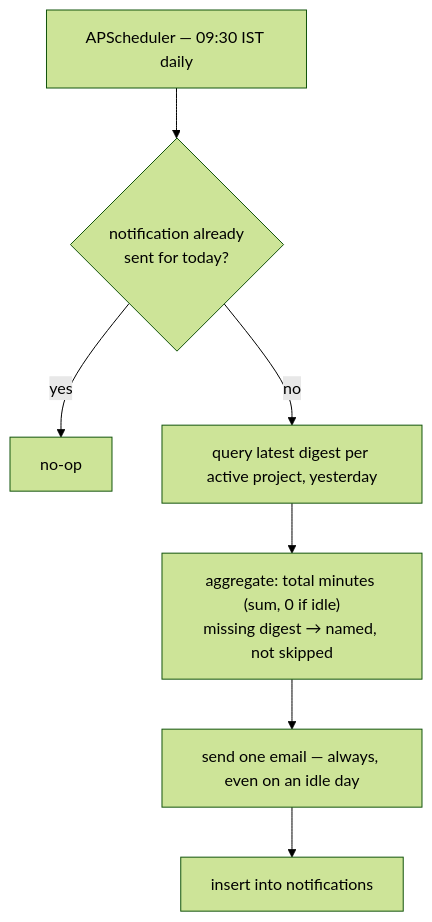
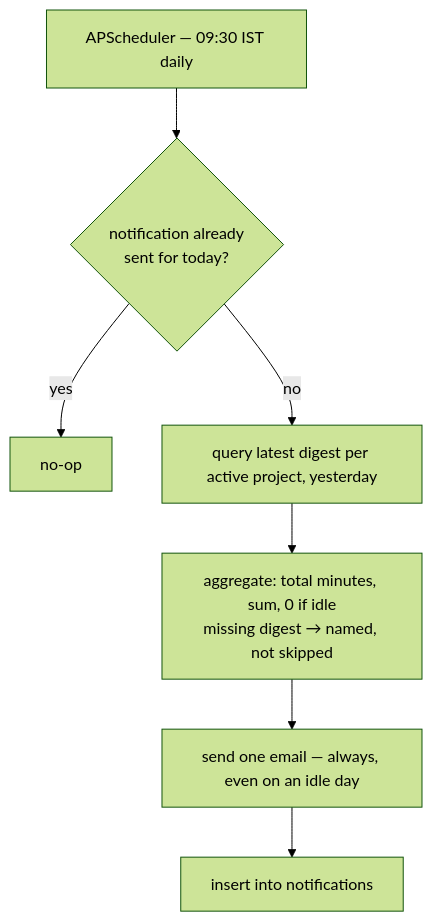
Before and after one commit to Kartikgarg74/task-manager: the fifth of 5 diagrams in README.md, drawn with Mermaid (forest theme). The commit also changed other lines of this file, not shown here.

First line of the commit message:
fix(docs): fix mermaid parse error in digest/notify flowcharts

````diff
--- a/README.md
+++ b/README.md
@@ -244,9 +244,9 @@
 ```mermaid
 flowchart TD
-    A[APScheduler — 09:30 IST daily] --> B{notification already\nsent for today?}
-    B -- yes --> C[no-op]
-    B -- no --> D[query latest digest per active project, yesterday]
-    D --> E["aggregate: total minutes (sum, 0 if idle)\nmissing digest → named, not skipped"]
-    E --> F[send one email — always, even on an idle day]
-    F --> G[insert into notifications]
+    A["APScheduler — 09:30 IST daily"] --> B{"notification already<br/>sent for today?"}
+    B -- yes --> C["no-op"]
+    B -- no --> D["query latest digest per active project, yesterday"]
+    D --> E["aggregate: total minutes, sum, 0 if idle<br/>missing digest &rarr; named, not skipped"]
+    E --> F["send one email — always, even on an idle day"]
+    F --> G["insert into notifications"]
 ```
````
